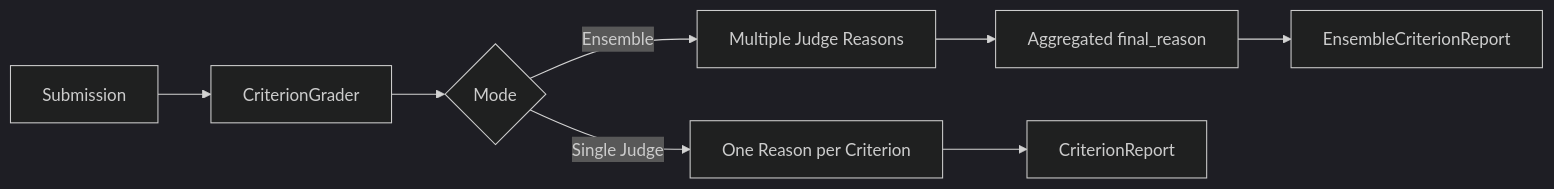
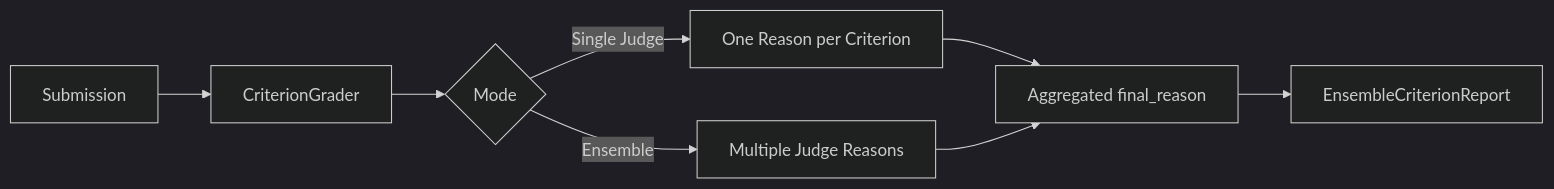
Before and after one commit to delip/autorubric: the diagram in docs/cookbook/explanations.md, drawn with Mermaid (dark theme). The commit also changed other lines of this file and 16 other files, not shown here.

````diff
--- a/docs/cookbook/explanations.md
+++ b/docs/cookbook/explanations.md
@@ -18,10 +18,10 @@
 ```mermaid
 flowchart LR
     A[Submission] --> B[CriterionGrader]
     B --> C{Mode}
     C -->|Single Judge| D[One Reason per Criterion]
     C -->|Ensemble| E[Multiple Judge Reasons]
-    E --> F[Aggregated final_reason]
-    D --> G[CriterionReport]
+    D --> F[Aggregated final_reason]
+    E --> F
     F --> H[EnsembleCriterionReport]
 ```
````
